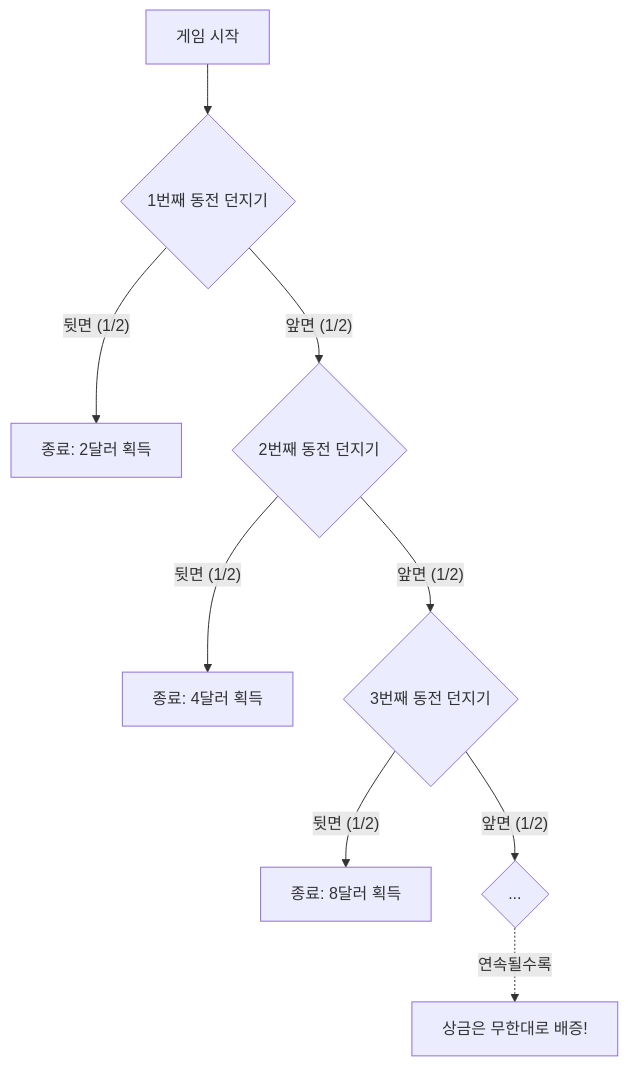
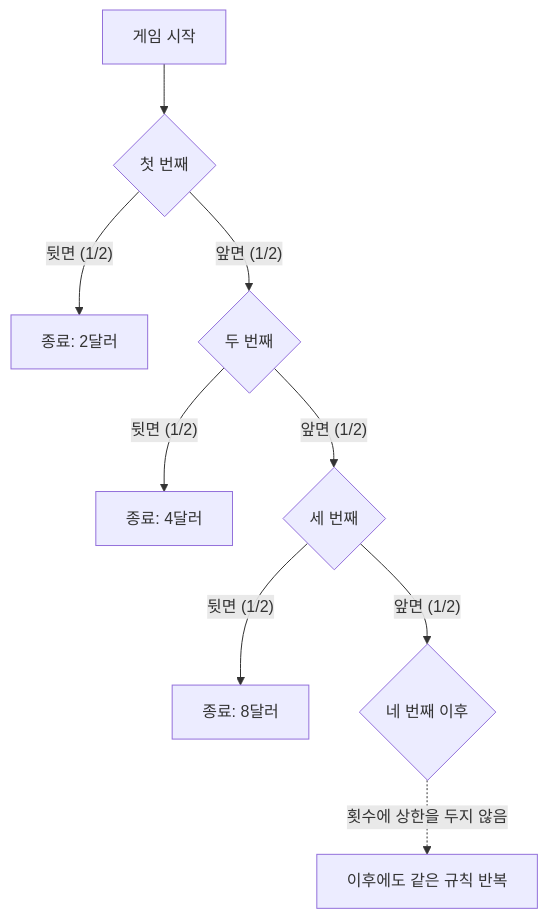
The diagram in content/post/サンクトペテルブルクのパラドックス/index.ko.md (kenjinote/blog), drawn with Mermaid before and after one commit. The commit also changed other lines of this file and 8 other files, not shown here.

````diff
--- a/content/post/サンクトペテルブルクのパラドックス/index.ko.md
+++ b/content/post/サンクトペテルブルクのパラドックス/index.ko.md
@@ -33,15 +32,11 @@
 ```mermaid
 graph TD
-    Start["게임 시작"] --> Toss1{"1번째 동전 던지기"}
-    
-    Toss1 -->|"뒷면 (1/2)"| End1["종료: 2달러 획득"]
-    Toss1 -->|"앞면 (1/2)"| Toss2{"2번째 동전 던지기"}
-    
-    Toss2 -->|"뒷면 (1/2)"| End2["종료: 4달러 획득"]
-    Toss2 -->|"앞면 (1/2)"| Toss3{"3번째 동전 던지기"}
-    
-    Toss3 -->|"뒷면 (1/2)"| End3["종료: 8달러 획득"]
-    Toss3 -->|"앞면 (1/2)"| Toss4{"..."}
-    
-    Toss4 -.->|"연속될수록"| Infinite["상금은 무한대로 배증!"]
+    Start["게임 시작"] --> Toss1{"첫 번째"}
+    Toss1 -->|"뒷면 (1/2)"| End1["종료: 2달러"]
+    Toss1 -->|"앞면 (1/2)"| Toss2{"두 번째"}
+    Toss2 -->|"뒷면 (1/2)"| End2["종료: 4달러"]
+    Toss2 -->|"앞면 (1/2)"| Toss3{"세 번째"}
+    Toss3 -->|"뒷면 (1/2)"| End3["종료: 8달러"]
+    Toss3 -->|"앞면 (1/2)"| Toss4{"네 번째 이후"}
+    Toss4 -.->|"횟수에 상한을 두지 않음"| Continue["이후에도 같은 규칙 반복"]
 ```
````
